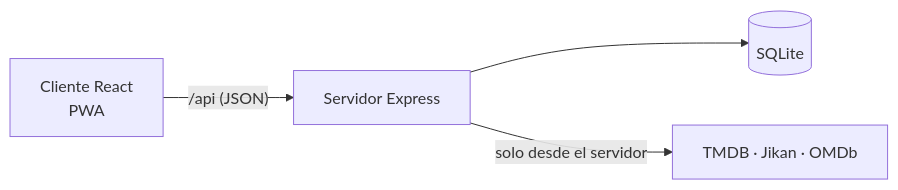
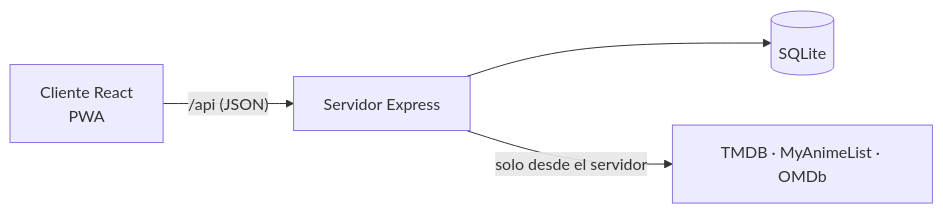
One commit to MiguelSanCar/MisAppsReview--MAR- changed the diagram in README.md. Above: the diagram before and after it, drawn with Mermaid. The commit also changed other lines of this file and 9 other files, not shown here.

Commit message:
docs: MyAnimeList sustituye a Jikan (variables, API, decisiones y changelog)

````diff
--- a/README.md
+++ b/README.md
@@ -73,6 +73,6 @@
 ```mermaid
 flowchart LR
     SPA["Cliente React<br/>PWA"] -- "/api (JSON)" --> API["Servidor Express"]
     API --> DB[("SQLite")]
-    API -- "solo desde el servidor" --> EXT["TMDB · Jikan · OMDb"]
+    API -- "solo desde el servidor" --> EXT["TMDB · MyAnimeList · OMDb"]
 ```
````
